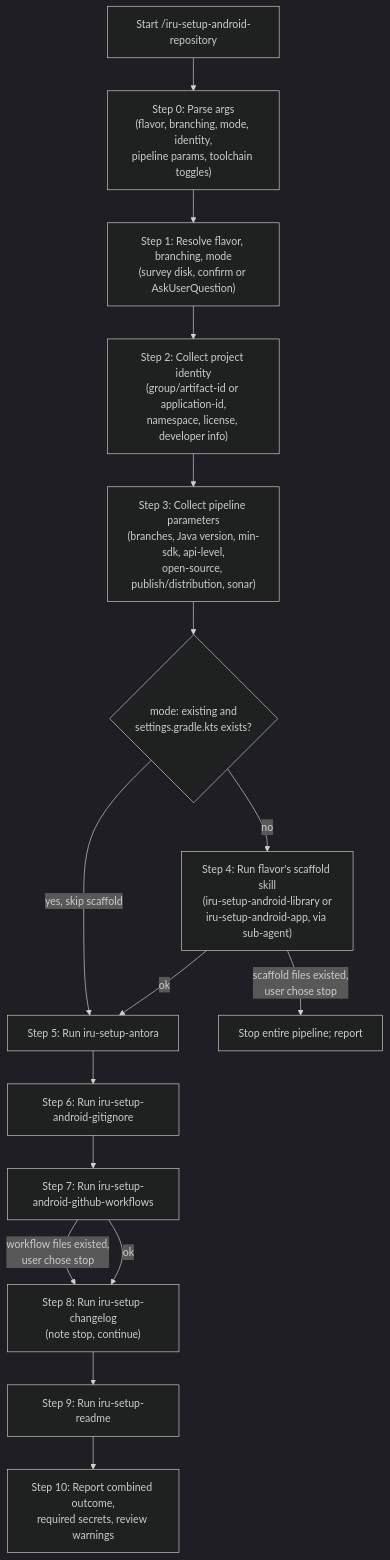
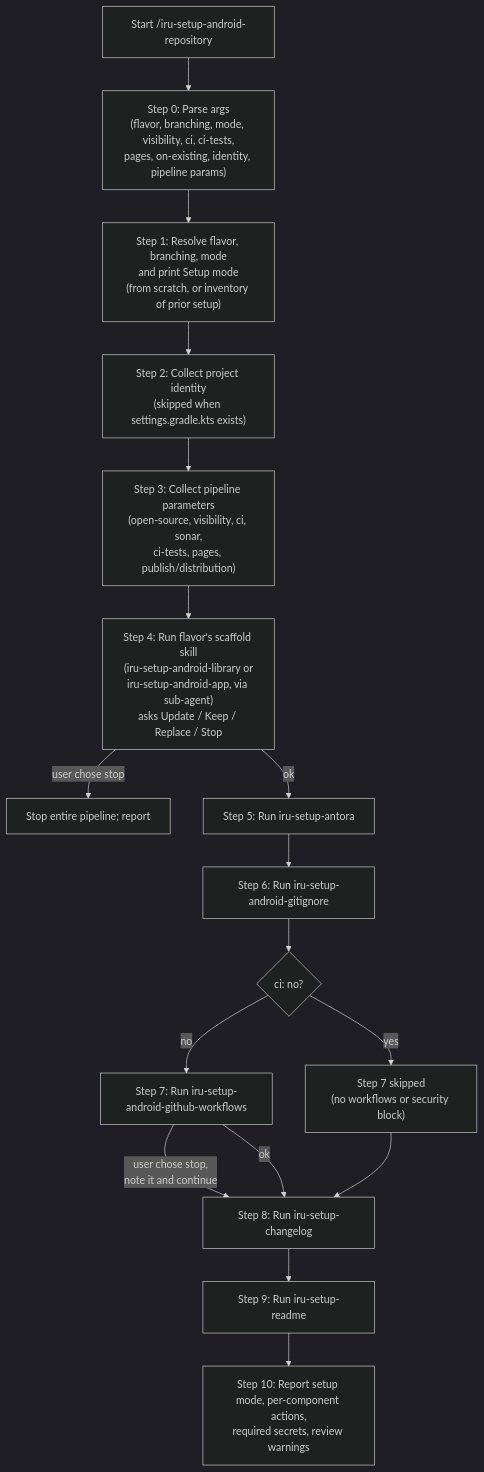
One commit to albertoirurueta/ai-catalog changed the diagram in docs/modules/ROOT/pages/skills/iru-setup-android-repository.adoc. Above: the diagram before and after it, drawn with Mermaid (dark theme). The commit also changed other lines of this file and 87 other files, not shown here.

```diff
--- a/docs/modules/ROOT/pages/skills/iru-setup-android-repository.adoc
+++ b/docs/modules/ROOT/pages/skills/iru-setup-android-repository.adoc
@@ -112,19 +168,20 @@
 [mermaid]
 ....
 flowchart TD
-    A[Start /iru-setup-android-repository] --> B["Step 0: Parse args\n(flavor, branching, mode, identity,\npipeline params, toolchain toggles)"]
-    B --> C["Step 1: Resolve flavor, branching, mode\n(survey disk, confirm or AskUserQuestion)"]
-    C --> D["Step 2: Collect project identity\n(group/artifact-id or application-id,\nnamespace, license, developer info)"]
-    D --> E["Step 3: Collect pipeline parameters\n(branches, Java version, min-sdk, api-level,\nopen-source, publish/distribution, sonar)"]
-    E --> F{"mode: existing and\nsettings.gradle.kts exists?"}
-    F -- yes, skip scaffold --> H["Step 5: Run iru-setup-antora"]
-    F -- no --> G["Step 4: Run flavor's scaffold skill\n(iru-setup-android-library or\niru-setup-android-app, via sub-agent)"]
-    G -- scaffold files existed,\nuser chose stop --> STOP[Stop entire pipeline; report]
-    G -- ok --> H
+    A[Start /iru-setup-android-repository] --> B["Step 0: Parse args\n(flavor, branching, mode, visibility, ci, ci-tests,\npages, on-existing, identity, pipeline params)"]
+    B --> C["Step 1: Resolve flavor, branching, mode\nand print Setup mode\n(from scratch, or inventory of prior setup)"]
+    C --> D["Step 2: Collect project identity\n(skipped when settings.gradle.kts exists)"]
+    D --> E["Step 3: Collect pipeline parameters\n(open-source, visibility, ci, sonar,\nci-tests, pages, publish/distribution)"]
+    E --> G["Step 4: Run flavor's scaffold skill\n(iru-setup-android-library or\niru-setup-android-app, via sub-agent)\nasks Update / Keep / Replace / Stop"]
+    G -- user chose stop --> STOP[Stop entire pipeline; report]
+    G -- ok --> H["Step 5: Run iru-setup-antora"]
     H --> I["Step 6: Run iru-setup-android-gitignore"]
-    I --> J["Step 7: Run iru-setup-android-github-workflows"]
-    J -- workflow files existed,\nuser chose stop --> K["Step 8: Run iru-setup-changelog\n(note stop, continue)"]
-    J -- ok --> K
-    K --> L["Step 9: Run iru-setup-readme"]
-    L --> M["Step 10: Report combined outcome,\nrequired secrets, review warnings"]
+    I --> CI{"ci: no?"}
+    CI -- yes --> K["Step 7 skipped\n(no workflows or security block)"]
+    CI -- no --> J["Step 7: Run iru-setup-android-github-workflows"]
+    J -- "user chose stop,\nnote it and continue" --> K2["Step 8: Run iru-setup-changelog"]
+    J -- ok --> K2
+    K --> K2
+    K2 --> L["Step 9: Run iru-setup-readme"]
+    L --> M["Step 10: Report setup mode, per-component actions,\nrequired secrets, review warnings"]
 ....
```
